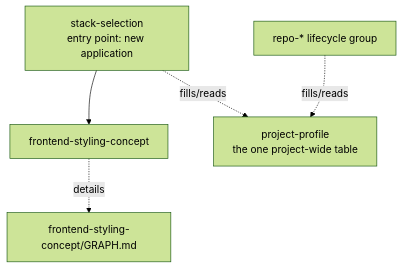
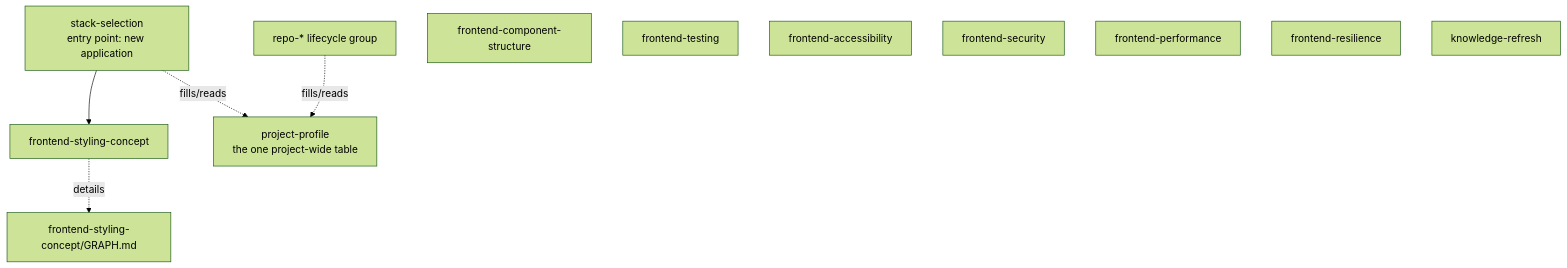
One commit to murpiano/murpiano-dx changed the diagram in skills/GRAPH.md. Above: the diagram before and after it, drawn with Mermaid (forest theme). The commit also changed other lines of this file and 17 other files, not shown here.

````diff
--- a/skills/GRAPH.md
+++ b/skills/GRAPH.md
@@ -8,10 +8,17 @@
 ```mermaid
 flowchart TD
     profile[project-profile<br/>the one project-wide table]
     stack[stack-selection<br/>entry point: new application] --> frontend[frontend-styling-concept]
     repo[repo-* lifecycle group]
 
     stack -. fills/reads .-> profile
     repo -. fills/reads .-> profile
     frontend -. details .-> frontendGraph["frontend-styling-concept/GRAPH.md"]
+    structure[frontend-component-structure]
+    testing[frontend-testing]
+    a11y[frontend-accessibility]
+    security[frontend-security]
+    perf[frontend-performance]
+    resilience[frontend-resilience]
+    knowledge[knowledge-refresh]
 ```
````
